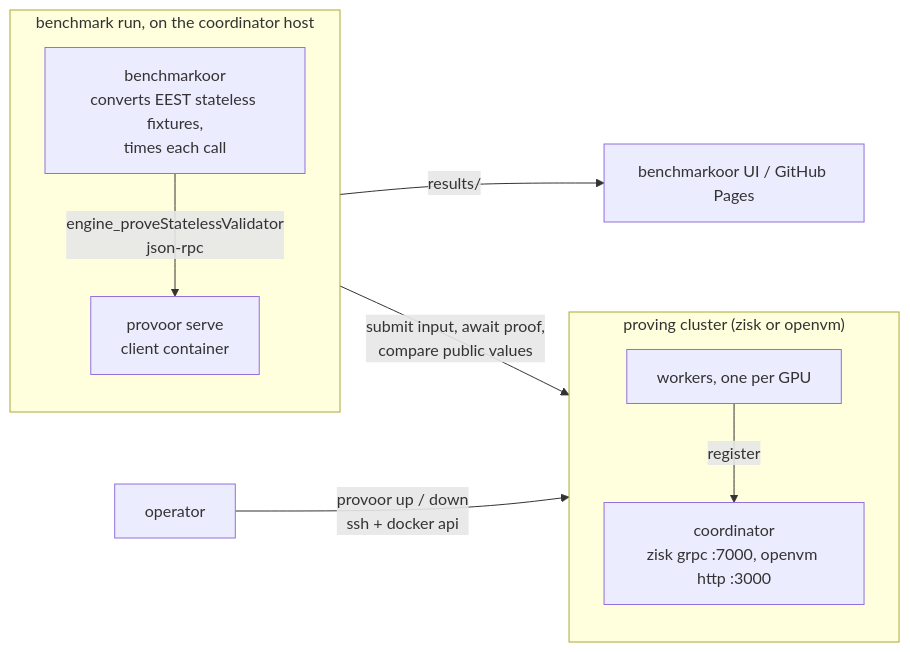
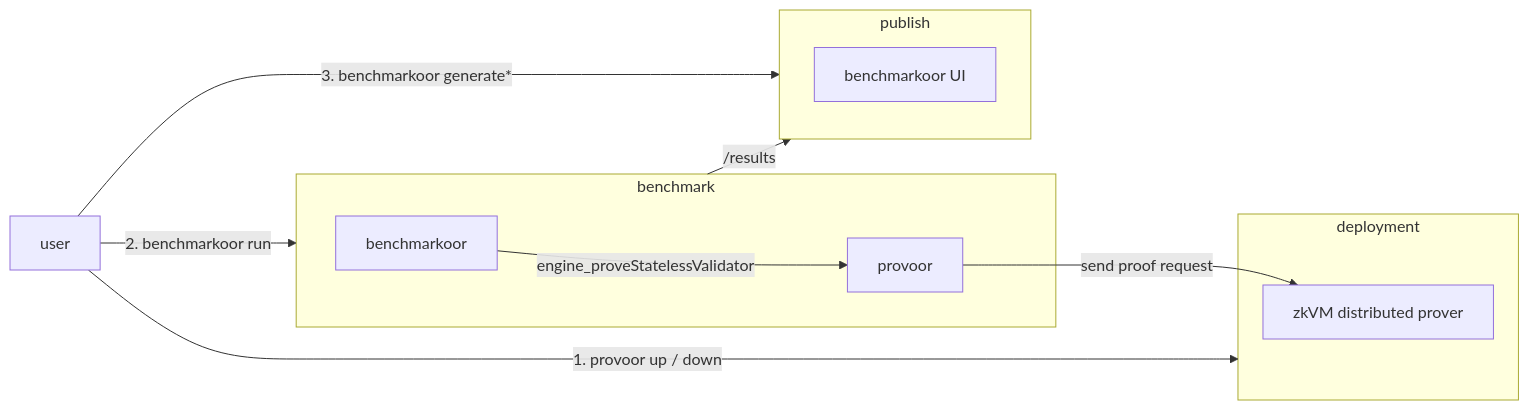
The diagram in README.md (han0110/provoor), drawn with Mermaid before and after one commit. The commit also changed other lines of this file and 46 other files, not shown here.

````diff
--- a/README.md
+++ b/README.md
@@ -29,21 +44,23 @@
 ```mermaid
 flowchart LR
-    operator -- "provoor up / down<br/>ssh + docker api" --> cluster
-
-    subgraph cluster["proving cluster (zisk or openvm)"]
-        direction TB
-        coordinator["coordinator<br/>zisk grpc :7000, openvm http :3000"]
-        workers["workers, one per GPU"]
-        workers -- register --> coordinator
+    subgraph deployment
+        cluster["zkVM distributed prover"]
     end
 
-    subgraph run["benchmark run, on the coordinator host"]
-        direction TB
-        benchmarkoor["benchmarkoor<br/>converts EEST stateless fixtures,<br/>times each call"]
-        serve["provoor serve<br/>client container"]
-        benchmarkoor -- "engine_proveStatelessValidator<br/>json-rpc" --> serve
+    subgraph benchmark
+        benchmarkoor["benchmarkoor"]
+        provoor["provoor"]
+        benchmarkoor -- "engine_proveStatelessValidator" --> provoor
+        provoor -- "send proof request" --> cluster
     end
 
-    serve -- "submit input, await proof,<br/>compare public values" --> coordinator
-    benchmarkoor -- "results/" --> ui["benchmarkoor UI / GitHub Pages"]
+    subgraph publish
+        benchmarkoor_ui["benchmarkoor UI"]
+    end
+
+    benchmark -- "/results" --> publish
+
+    user -- "1. provoor up / down" --> deployment
+    user -- "2. benchmarkoor run" --> benchmark
+    user -- "3. benchmarkoor generate*" --> publish
 ```
````
